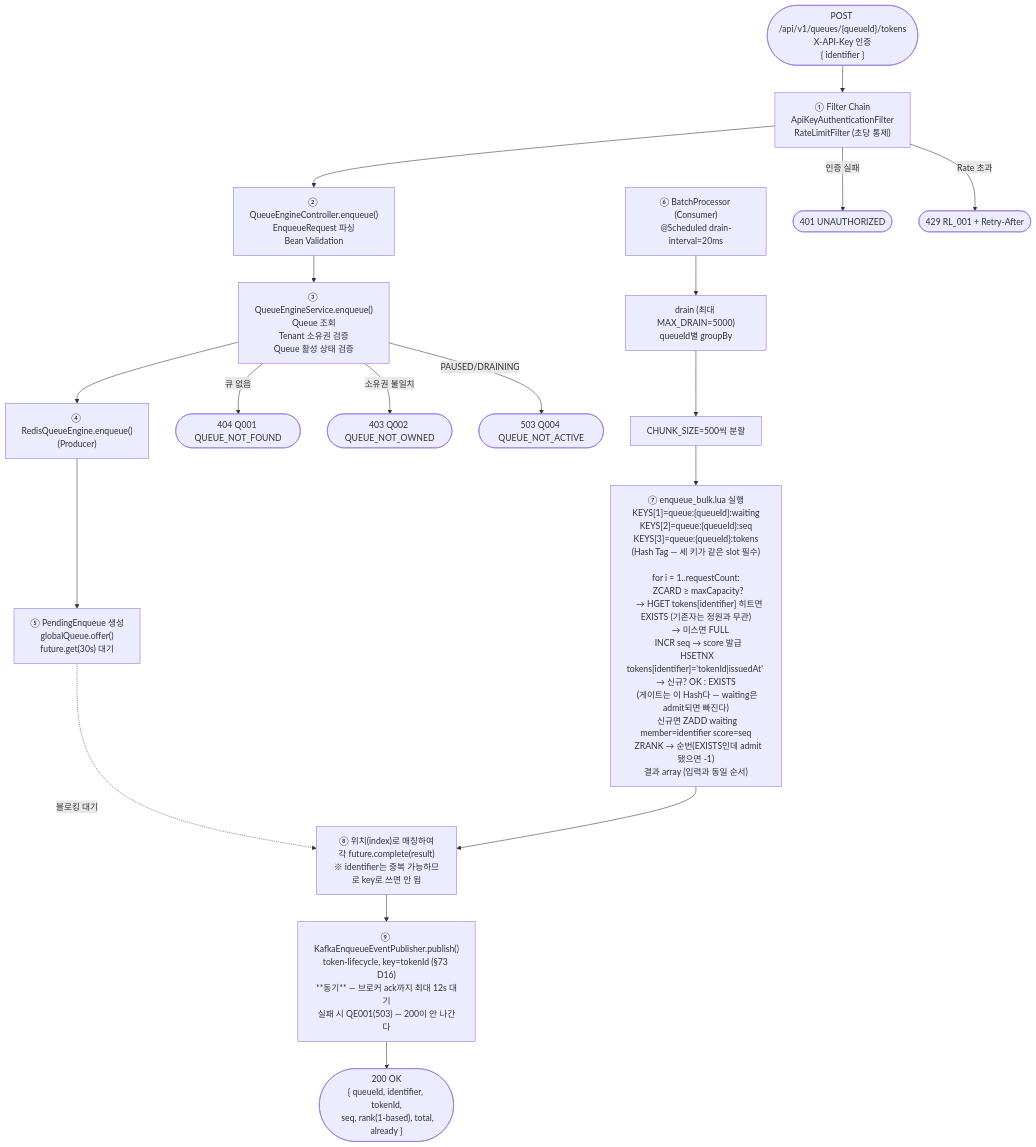
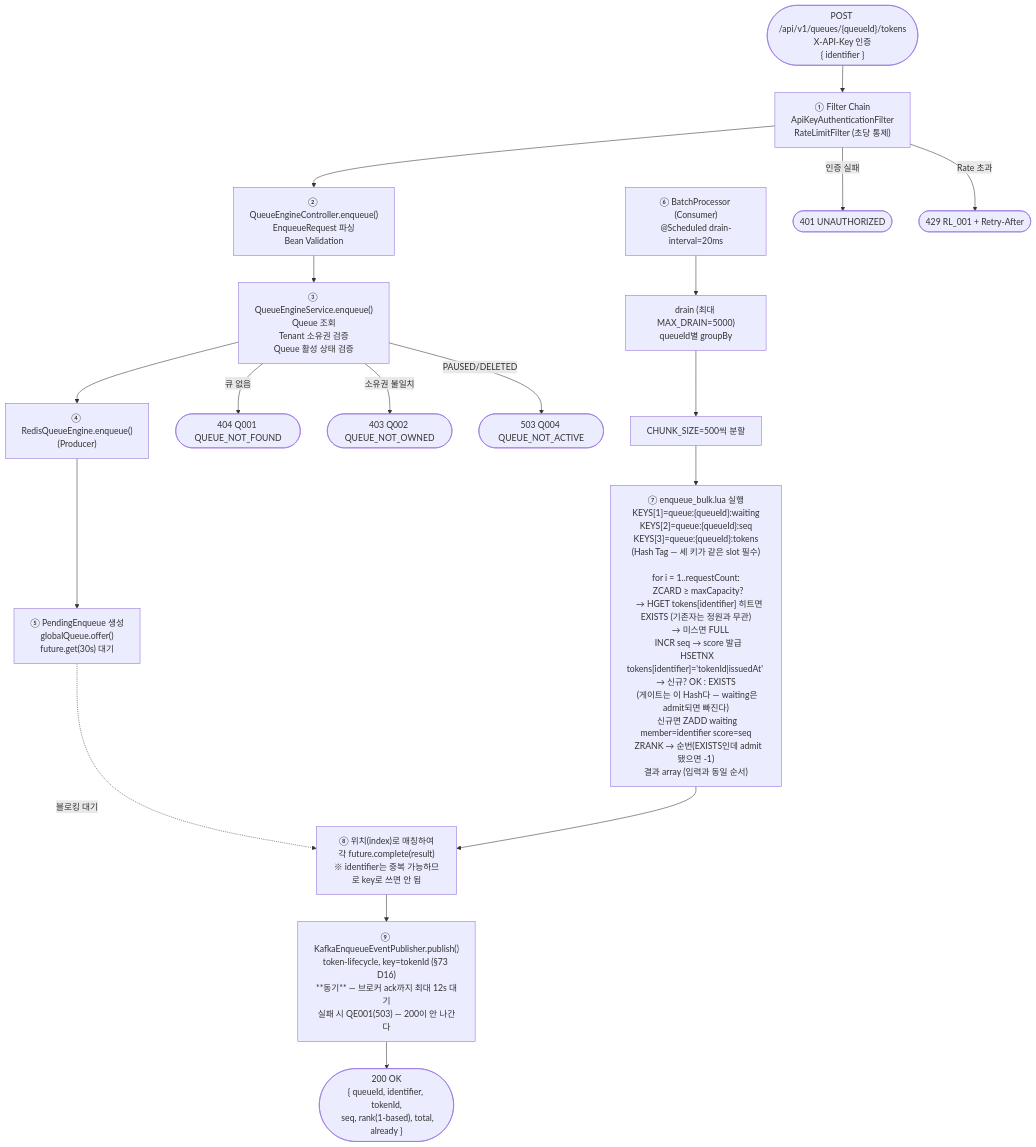
The first of 8 diagrams in doc/FLOW.md (S-Onix/queue-platform), drawn with Mermaid before and after one commit. The commit also changed 14 other files, not shown here.

````diff
--- a/doc/FLOW.md
+++ b/doc/FLOW.md
@@ -19,27 +19,27 @@
 ```mermaid
 flowchart TD
     START(["POST /api/v1/queues/{queueId}/tokens\nX-API-Key 인증\n{ identifier }"])
     --> FILTER["① Filter Chain\nApiKeyAuthenticationFilter\nRateLimitFilter (초당 통제)"]
     --> CTRL["② QueueEngineController.enqueue()\nEnqueueRequest 파싱\nBean Validation"]
     --> SERV["③ QueueEngineService.enqueue()\nQueue 조회\nTenant 소유권 검증\nQueue 활성 상태 검증"]
     --> ENG["④ RedisQueueEngine.enqueue()\n(Producer)"]
 
     ENG --> OFFER["⑤ PendingEnqueue 생성\nglobalQueue.offer()\nfuture.get(30s) 대기"]
 
     OFFER -.->|"블로킹 대기"| COMPLETE
 
     SCHED["⑥ BatchProcessor (Consumer)\n@Scheduled drain-interval=20ms"]
     --> DRAIN["drain (최대 MAX_DRAIN=5000)\nqueueId별 groupBy"]
     --> CHUNK["CHUNK_SIZE=500씩 분할"]
     --> BULKLUA["⑦ enqueue_bulk.lua 실행\nKEYS[1]=queue:{queueId}:waiting\nKEYS[2]=queue:{queueId}:seq\nKEYS[3]=queue:{queueId}:tokens\n(Hash Tag — 세 키가 같은 slot 필수)\n\nfor i = 1..requestCount:\n  ZCARD ≥ maxCapacity?\n    → HGET tokens[identifier] 히트면 EXISTS (기존자는 정원과 무관)\n    → 미스면 FULL\n  INCR seq → score 발급\n  HSETNX tokens[identifier]='tokenId|issuedAt' → 신규? OK : EXISTS\n  (게이트는 이 Hash다 — waiting은 admit되면 빠진다)\n  신규면 ZADD waiting member=identifier score=seq\n  ZRANK → 순번(EXISTS인데 admit됐으면 -1)\n결과 array (입력과 동일 순서)"]
     --> COMPLETE["⑧ 위치(index)로 매칭하여\n각 future.complete(result)\n※ identifier는 중복 가능하므로 key로 쓰면 안 됨"]
 
     COMPLETE --> PUB["⑨ KafkaEnqueueEventPublisher.publish()\ntoken-lifecycle, key=tokenId (§73 D16)\n**동기** — 브로커 ack까지 최대 12s 대기\n실패 시 QE001(503) — 200이 안 나간다"]
     --> OK(["200 OK\n{ queueId, identifier, tokenId,\n  seq, rank(1-based), total, already }"])
 
     FILTER -->|"인증 실패"| E401(["401 UNAUTHORIZED"])
     FILTER -->|"Rate 초과"| E429(["429 RL_001 + Retry-After"])
     SERV -->|"큐 없음"| E404(["404 Q001 QUEUE_NOT_FOUND"])
     SERV -->|"소유권 불일치"| E403(["403 Q002 QUEUE_NOT_OWNED"])
-    SERV -->|"PAUSED/DRAINING"| E503(["503 Q004 QUEUE_NOT_ACTIVE"])
+    SERV -->|"PAUSED/DELETED"| E503(["503 Q004 QUEUE_NOT_ACTIVE"])
 ```
````
